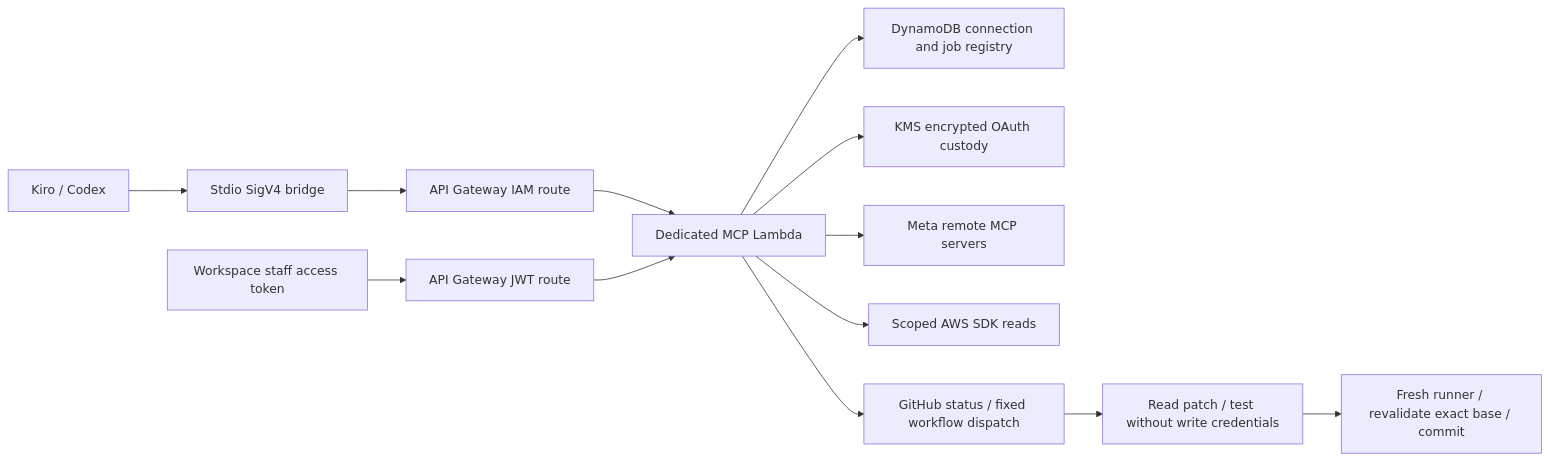
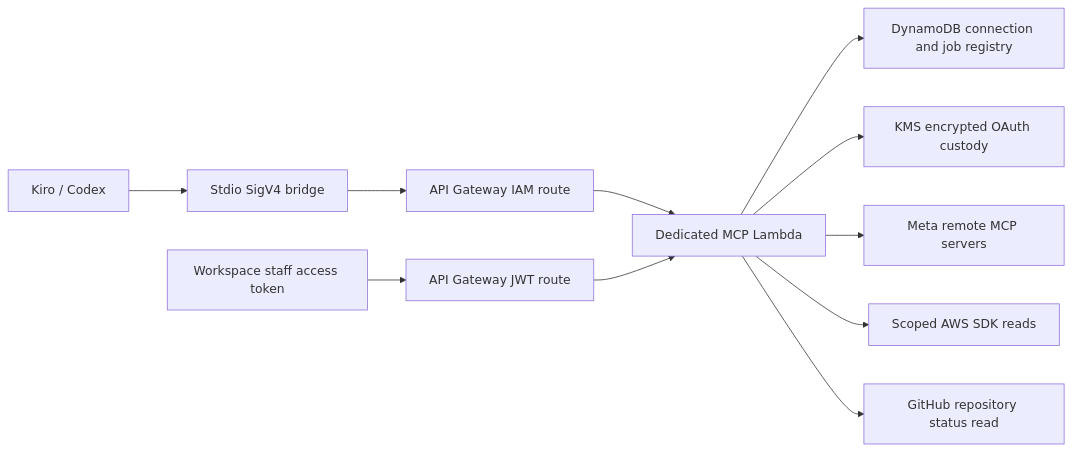
The diagram in docs/workspace-mcp.md (wecare-digital/wecare-digital), drawn with Mermaid before and after one commit. The commit also changed other lines of this file, not shown here.

Commit message:
Remove retired workflow and test path from workspace MCP documentation

````diff
--- a/docs/workspace-mcp.md
+++ b/docs/workspace-mcp.md
@@ -22,15 +19,13 @@
 ```mermaid
 flowchart LR
   Client[Kiro / Codex] --> Bridge[Stdio SigV4 bridge]
   Bridge --> IAM[API Gateway IAM route]
   Staff[Workspace staff access token] --> JWT[API Gateway JWT route]
   IAM --> Router[Dedicated MCP Lambda]
   JWT --> Router
   Router --> Registry[DynamoDB connection and job registry]
   Router --> KMS[KMS encrypted OAuth custody]
   Router --> Meta[Meta remote MCP servers]
   Router --> AWS[Scoped AWS SDK reads]
-  Router --> GH[GitHub status / fixed workflow dispatch]
-  GH --> Test[Read patch / test without write credentials]
-  Test --> Commit[Fresh runner / revalidate exact base / commit]
+  Router --> GH[GitHub repository status read]
 ```
````
